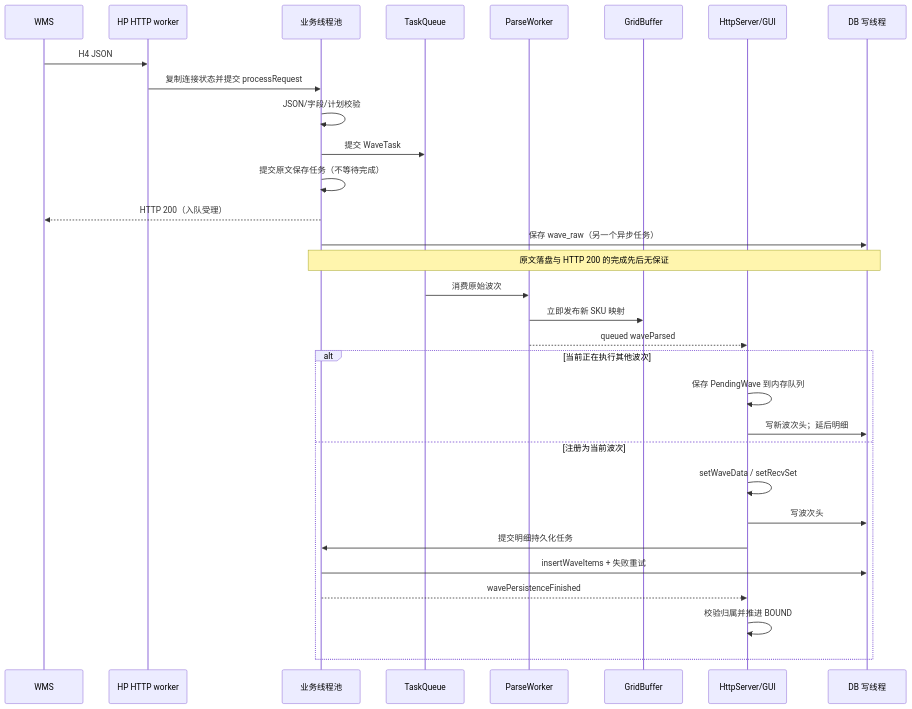
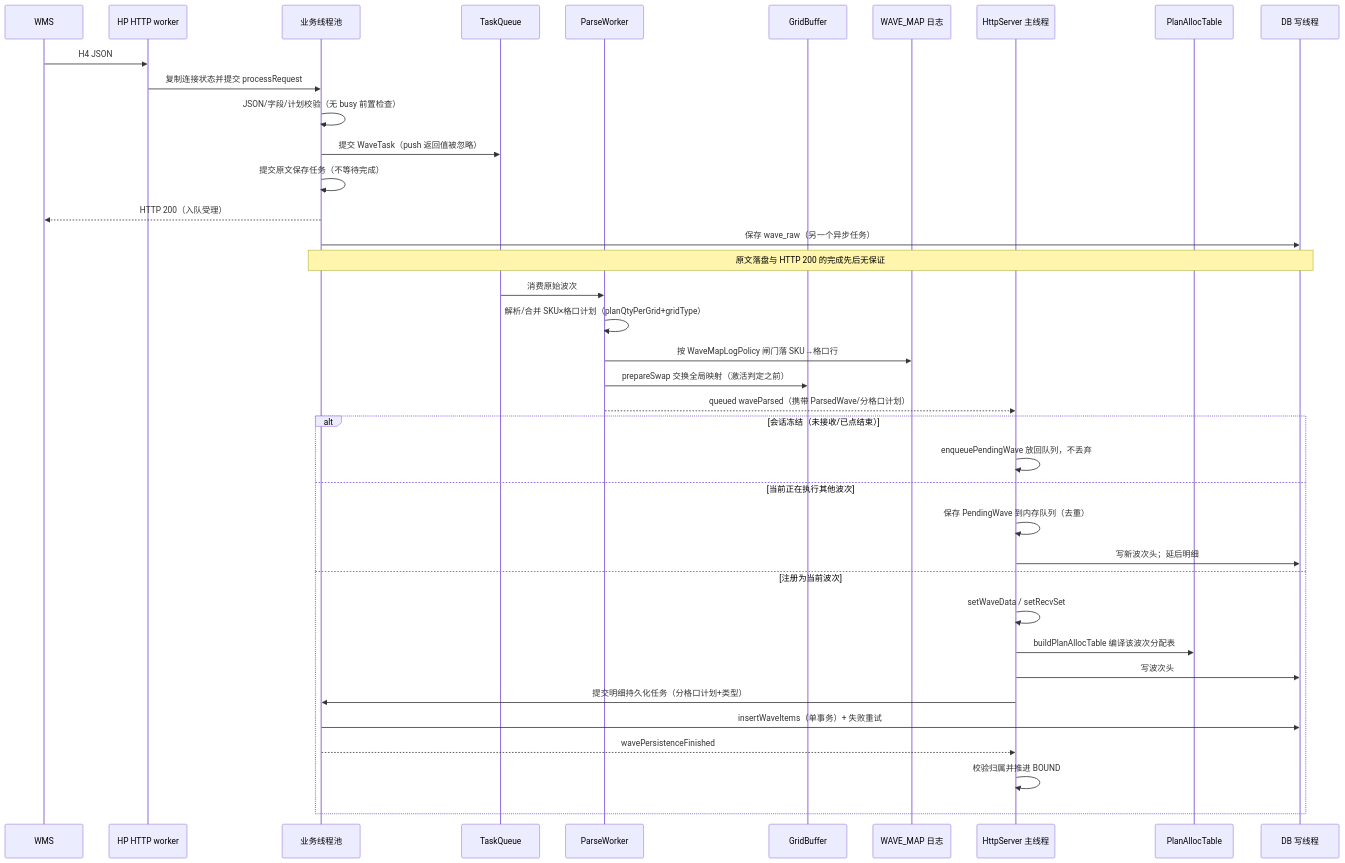
The third of 7 diagrams in docs/WCSHttpServer_软件架构分析报告.md (dryQAQ/WCSHttpServer), drawn with Mermaid before and after one commit. The commit also changed other lines of this file and 136 other files, not shown here.

````diff
--- a/docs/WCSHttpServer_软件架构分析报告.md
+++ b/docs/WCSHttpServer_软件架构分析报告.md
@@ -220,33 +248,40 @@
-~~~mermaid
+```mermaid
 sequenceDiagram
     participant W as WMS
     participant IO as HP HTTP worker
     participant B as 业务线程池
     participant Q as TaskQueue
     participant P as ParseWorker
     participant M as GridBuffer
-    participant C as HttpServer/GUI
+    participant L as WAVE_MAP 日志
+    participant C as HttpServer 主线程
+    participant A as PlanAllocTable
     participant D as DB 写线程
     W->>IO: H4 JSON
     IO->>B: 复制连接状态并提交 processRequest
-    B->>B: JSON/字段/计划校验
-    B->>Q: 提交 WaveTask
+    B->>B: JSON/字段/计划校验（无 busy 前置检查）
+    B->>Q: 提交 WaveTask（push 返回值被忽略）
     B->>B: 提交原文保存任务（不等待完成）
     B-->>W: HTTP 200（入队受理）
     B->>D: 保存 wave_raw（另一个异步任务）
     Note over B,D: 原文落盘与 HTTP 200 的完成先后无保证
     Q->>P: 消费原始波次
-    P->>M: 立即发布新 SKU 映射
-    P-->>C: queued waveParsed
-    alt 当前正在执行其他波次
-        C->>C: 保存 PendingWave 到内存队列
+    P->>P: 解析/合并 SKU×格口计划（planQtyPerGrid+gridType）
+    P->>L: 按 WaveMapLogPolicy 闸门落 SKU→格口行
+    P->>M: prepareSwap 交换全局映射（激活判定之前）
+    P-->>C: queued waveParsed（携带 ParsedWave/分格口计划）
+    alt 会话冻结（未接收/已点结束）
+        C->>C: enqueuePendingWave 放回队列，不丢弃
+    else 当前正在执行其他波次
+        C->>C: 保存 PendingWave 到内存队列（去重）
         C->>D: 写新波次头；延后明细
     else 注册为当前波次
         C->>C: setWaveData / setRecvSet
+        C->>A: buildPlanAllocTable 编译该波次分配表
         C->>D: 写波次头
-        C->>B: 提交明细持久化任务
-        B->>D: insertWaveItems + 失败重试
+        C->>B: 提交明细持久化任务（分格口计划+类型）
+        B->>D: insertWaveItems（单事务）+ 失败重试
         B-->>C: wavePersistenceFinished
         C->>C: 校验归属并推进 BOUND
     end
-~~~
+```
````
